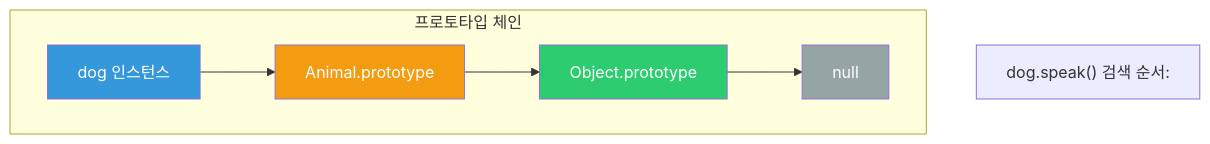
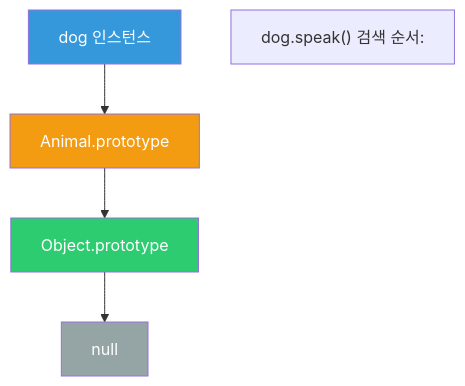
One commit to yjkim2015/yjkim2015.github.io changed the fifth of 6 diagrams in _posts/frontend/2026-05-01-javascript-core.md. Above: the diagram before and after it, drawn with Mermaid. The commit also changed 155 other files, not shown here.

First line of the commit message:
Mermaid 전면 수정: subgraph 제거, participant/노드/줄수 축소 (342블록)

````diff
--- a/_posts/frontend/2026-05-01-javascript-core.md
+++ b/_posts/frontend/2026-05-01-javascript-core.md
@@ -356,15 +356,13 @@
 ```mermaid
 flowchart TD
-    subgraph "프로토타입 체인"
-        DOG["dog 인스턴스"]
-        ANIMAL_PROTO["Animal.prototype"]
-        OBJ_PROTO["Object.prototype"]
-        NULL["null"]
-    end
+    DOG["dog 인스턴스"]
+    ANIMAL_PROTO["Animal.prototype"]
+    OBJ_PROTO["Object.prototype"]
+    NULL["null"]
     DOG --> ANIMAL_PROTO --> OBJ_PROTO --> NULL
     NOTE["dog.speak() 검색 순서:"]
     style DOG fill:#3498db,color:#fff
     style ANIMAL_PROTO fill:#f39c12,color:#fff
     style OBJ_PROTO fill:#2ecc71,color:#fff
     style NULL fill:#95a5a6,color:#fff
 ```
````
